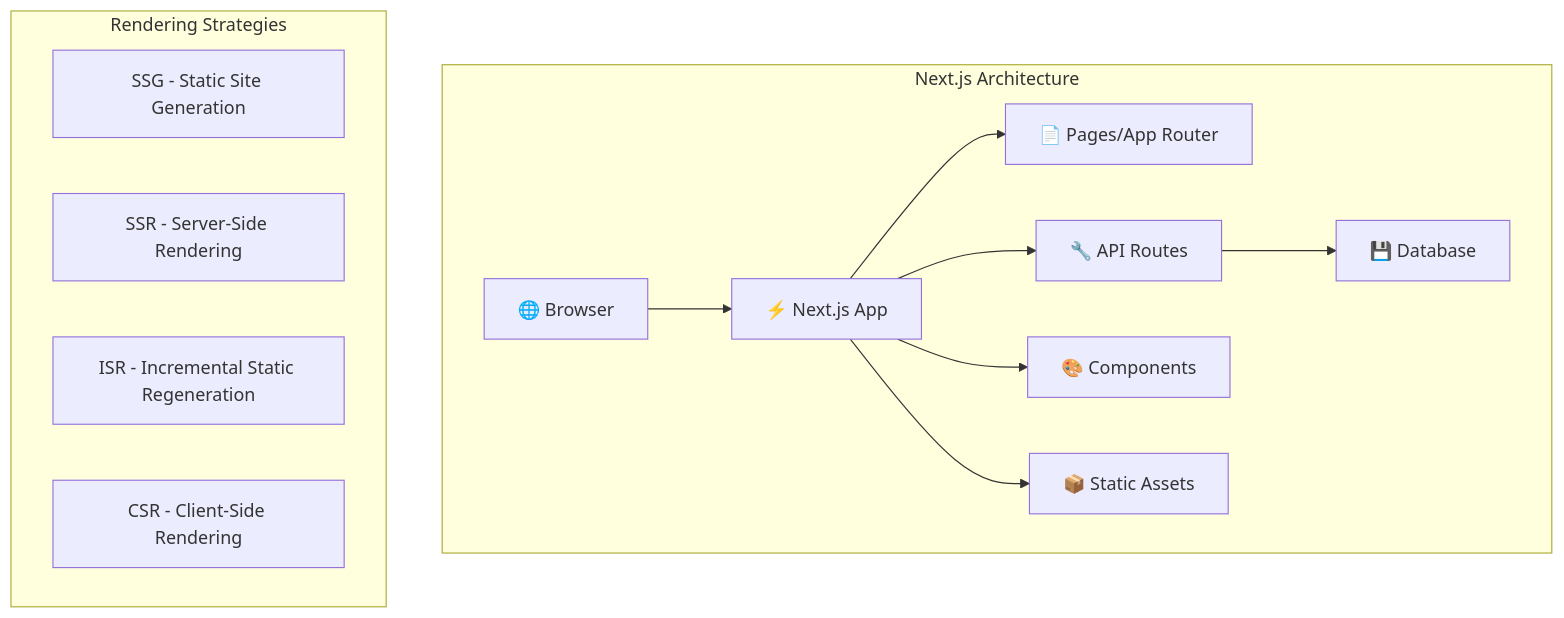
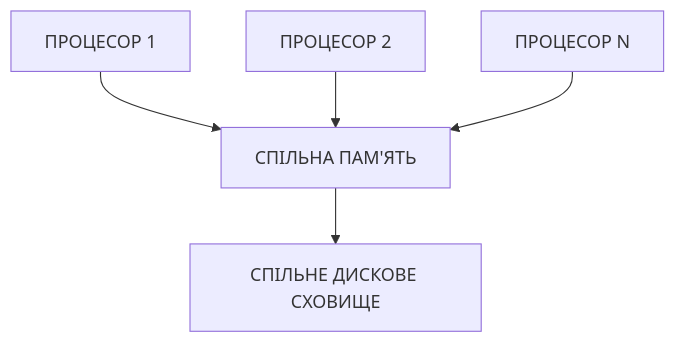
One commit to olroi421/course-bd changed diagram 12 of 12 in docs/lectures/lecture-01.md. Above: the diagram before and after it, drawn with Mermaid. The commit also changed other lines of this file and 1 other file, not shown here.

````diff
--- a/docs/lectures/lecture-01.md
+++ b/docs/lectures/lecture-01.md
@@ -1237,18 +1211,8 @@
 ```mermaid
 graph TB
-    subgraph "Next.js Architecture"
-        A[🌐 Browser] --> B[⚡ Next.js App]
-        B --> C[📄 Pages/App Router]
-        B --> D[🔧 API Routes]
-        B --> E[🎨 Components]
-        D --> F[💾 Database]
-        B --> G[📦 Static Assets]
-    end
+    A[ПРОЦЕСОР 1] --> D[СПІЛЬНА ПАМ'ЯТЬ]
+    B[ПРОЦЕСОР 2] --> D
+    C[ПРОЦЕСОР N] --> D
 
-    subgraph "Rendering Strategies"
-        H[SSG - Static Site Generation]
-        I[SSR - Server-Side Rendering]
-        J[ISR - Incremental Static Regeneration]
-        K[CSR - Client-Side Rendering]
-    end
+    D --> E[СПІЛЬНЕ ДИСКОВЕ СХОВИЩЕ]
 ```
````
